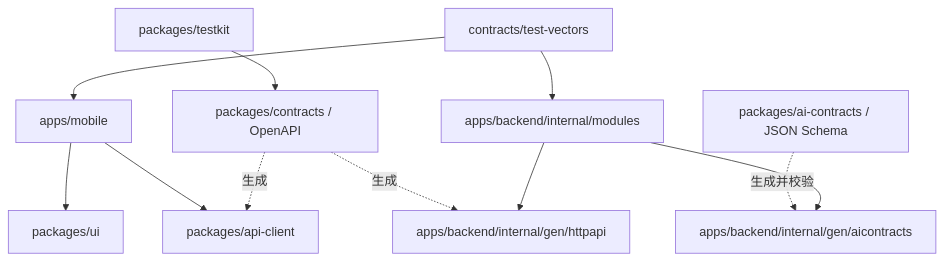
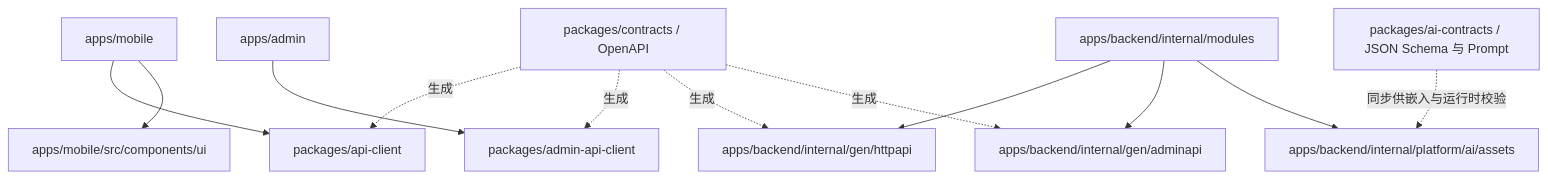
The second of 7 diagrams in docs/整体架构设计.md (xiaoguo123456/steward), drawn with Mermaid before and after one commit. The commit also changed other lines of this file and 20 other files, not shown here.

````diff
--- a/docs/整体架构设计.md
+++ b/docs/整体架构设计.md
@@ -194,13 +190,14 @@
 ```mermaid
 flowchart TD
     MOBILE["apps/mobile"] --> CLIENT["packages/api-client"]
-    MOBILE --> UI["packages/ui"]
+    MOBILE --> APPUI["apps/mobile/src/components/ui"]
+    ADMIN["apps/admin"] --> ADMINCLIENT["packages/admin-api-client"]
     CONTRACTS["packages/contracts / OpenAPI"] -.生成.-> CLIENT
+    CONTRACTS -.生成.-> ADMINCLIENT
     CONTRACTS -.生成.-> GOAPI["apps/backend/internal/gen/httpapi"]
+    CONTRACTS -.生成.-> GOADMIN["apps/backend/internal/gen/adminapi"]
     BACKEND["apps/backend/internal/modules"] --> GOAPI
-    AIC["packages/ai-contracts / JSON Schema"] -.生成并校验.-> GOAI["apps/backend/internal/gen/aicontracts"]
+    BACKEND --> GOADMIN
+    AIC["packages/ai-contracts / JSON Schema 与 Prompt"] -.同步供嵌入与运行时校验.-> GOAI["apps/backend/internal/platform/ai/assets"]
     BACKEND --> GOAI
-    TESTKIT["packages/testkit"] --> CONTRACTS
-    VECTORS["contracts/test-vectors"] --> BACKEND
-    VECTORS --> MOBILE
 ```
````
